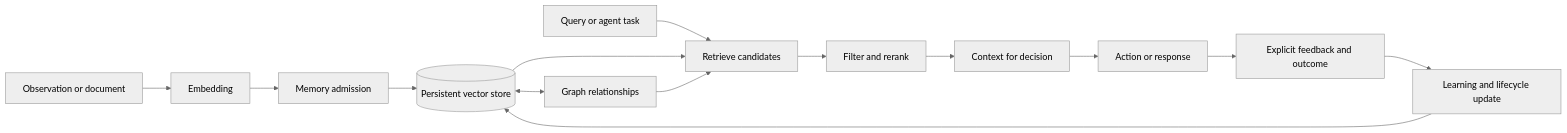
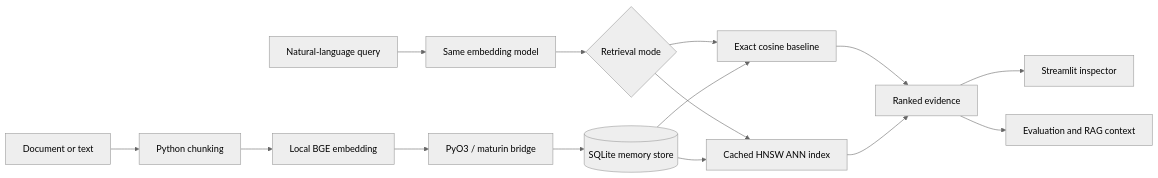
One commit to PrakyathMC/local-ai-vector-memory-engine changed the diagram in README.md. Above: the diagram before and after it, drawn with Mermaid (neutral theme). The commit also changed other lines of this file and 2 other files, not shown here.

````diff
--- a/README.md
+++ b/README.md
@@ -28,16 +80,18 @@
 ```mermaid
 flowchart LR
-    A[Observation or document] --> B[Embedding]
-    B --> C[Memory admission]
-    C --> D[(Persistent vector store)]
-    D <--> E[Graph relationships]
-    Q[Query or agent task] --> F[Retrieve candidates]
-    D --> F
-    E --> F
-    F --> G[Filter and rerank]
-    G --> H[Context for decision]
-    H --> I[Action or response]
-    I --> J[Explicit feedback and outcome]
-    J --> K[Learning and lifecycle update]
-    K --> D
+    A[Document or text] --> B[Python chunking]
+    B --> C[Local BGE embedding]
+    C --> D[PyO3 / maturin bridge]
+    D --> E[(SQLite memory store)]
+
+    Q[Natural-language query] --> C2[Same embedding model]
+    C2 --> R{Retrieval mode}
+    R --> X[Exact cosine baseline]
+    R --> H[Cached HNSW ANN index]
+    E --> X
+    E --> H
+    X --> O[Ranked evidence]
+    H --> O
+    O --> U[Streamlit inspector]
+    O --> V[Evaluation and RAG context]
 ```
````
